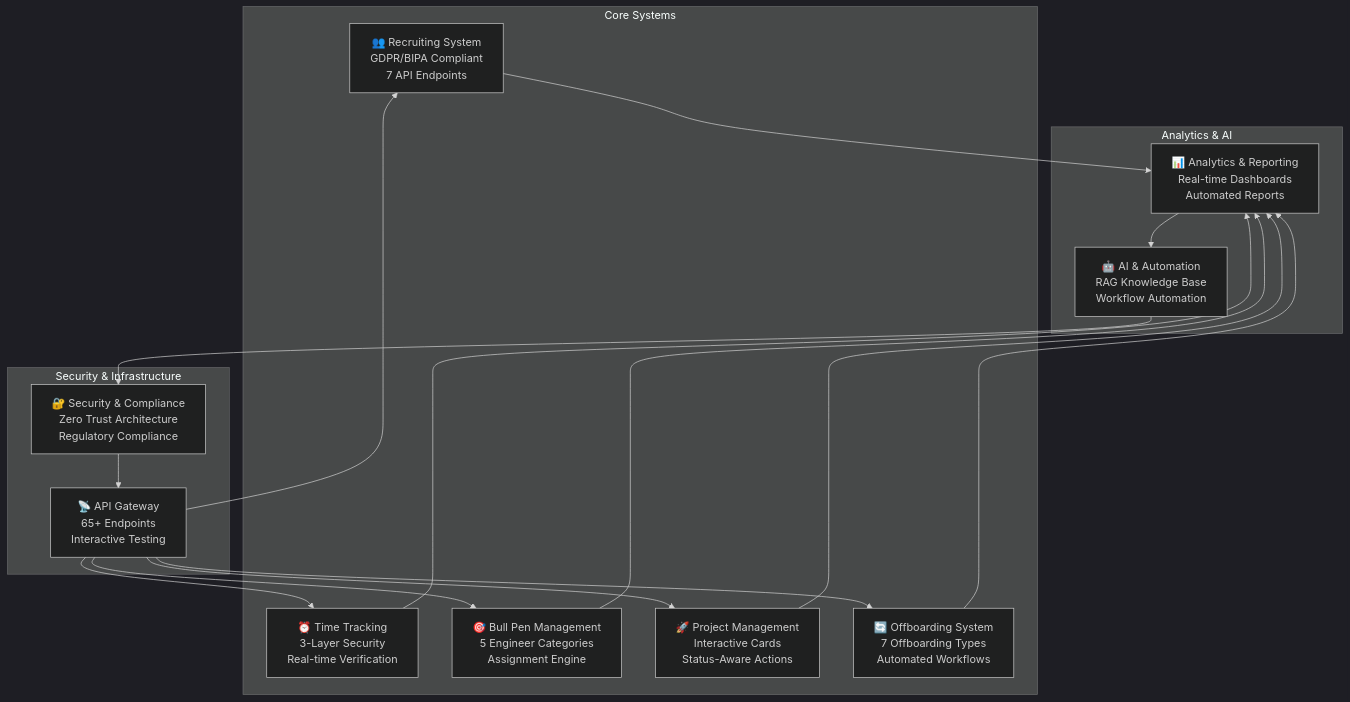
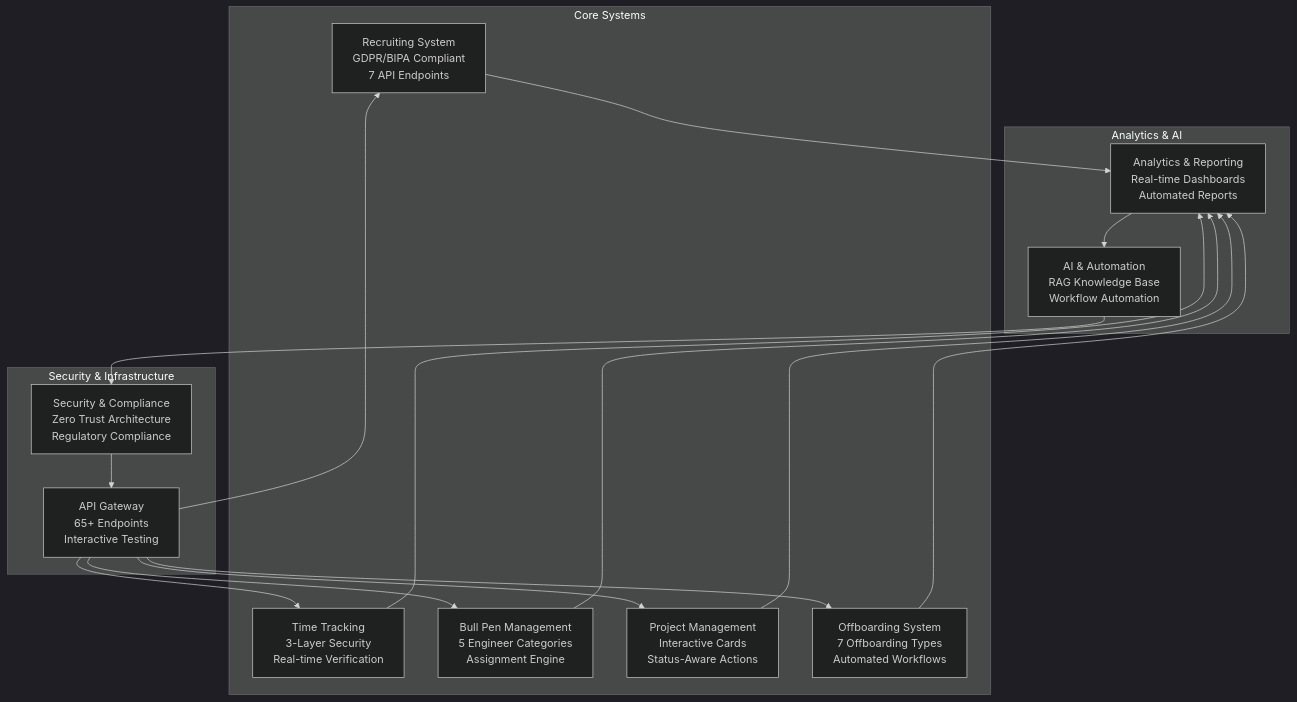
Diagram 14 of 14 in README.md (financeaiguy/humber-os), drawn with Mermaid (dark theme) before and after one commit. The commit also changed other lines of this file, not shown here.

First line of the commit message:
fix: comprehensive Mermaid diagram emoji cleanup for GitHub compatibility

````diff
--- a/README.md
+++ b/README.md
@@ -1277,36 +1277,36 @@
 ```mermaid
 graph TB
     subgraph "Core Systems"
-        A[👥 Recruiting System<br/>GDPR/BIPA Compliant<br/>7 API Endpoints]
-        B[⏰ Time Tracking<br/>3-Layer Security<br/>Real-time Verification]
-        C[🎯 Bull Pen Management<br/>5 Engineer Categories<br/>Assignment Engine]
-        D[🚀 Project Management<br/>Interactive Cards<br/>Status-Aware Actions]
-        E[🔄 Offboarding System<br/>7 Offboarding Types<br/>Automated Workflows]
+        A[Recruiting System<br/>GDPR/BIPA Compliant<br/>7 API Endpoints]
+        B[Time Tracking<br/>3-Layer Security<br/>Real-time Verification]
+        C[Bull Pen Management<br/>5 Engineer Categories<br/>Assignment Engine]
+        D[Project Management<br/>Interactive Cards<br/>Status-Aware Actions]
+        E[Offboarding System<br/>7 Offboarding Types<br/>Automated Workflows]
     end
     
     subgraph "Analytics & AI"
-        F[📊 Analytics & Reporting<br/>Real-time Dashboards<br/>Automated Reports]
-        G[🤖 AI & Automation<br/>RAG Knowledge Base<br/>Workflow Automation]
+        F[Analytics & Reporting<br/>Real-time Dashboards<br/>Automated Reports]
+        G[AI & Automation<br/>RAG Knowledge Base<br/>Workflow Automation]
     end
     
     subgraph "Security & Infrastructure"
-        H[🔐 Security & Compliance<br/>Zero Trust Architecture<br/>Regulatory Compliance]
-        I[📡 API Gateway<br/>65+ Endpoints<br/>Interactive Testing]
+        H[Security & Compliance<br/>Zero Trust Architecture<br/>Regulatory Compliance]
+        I[API Gateway<br/>65+ Endpoints<br/>Interactive Testing]
     end
     
     A --> F
     B --> F
     C --> F
     D --> F
     E --> F
     
     F --> G
     G --> H
     H --> I
     
     I --> A
     I --> B
     I --> C
     I --> D
     I --> E
 ```
````
